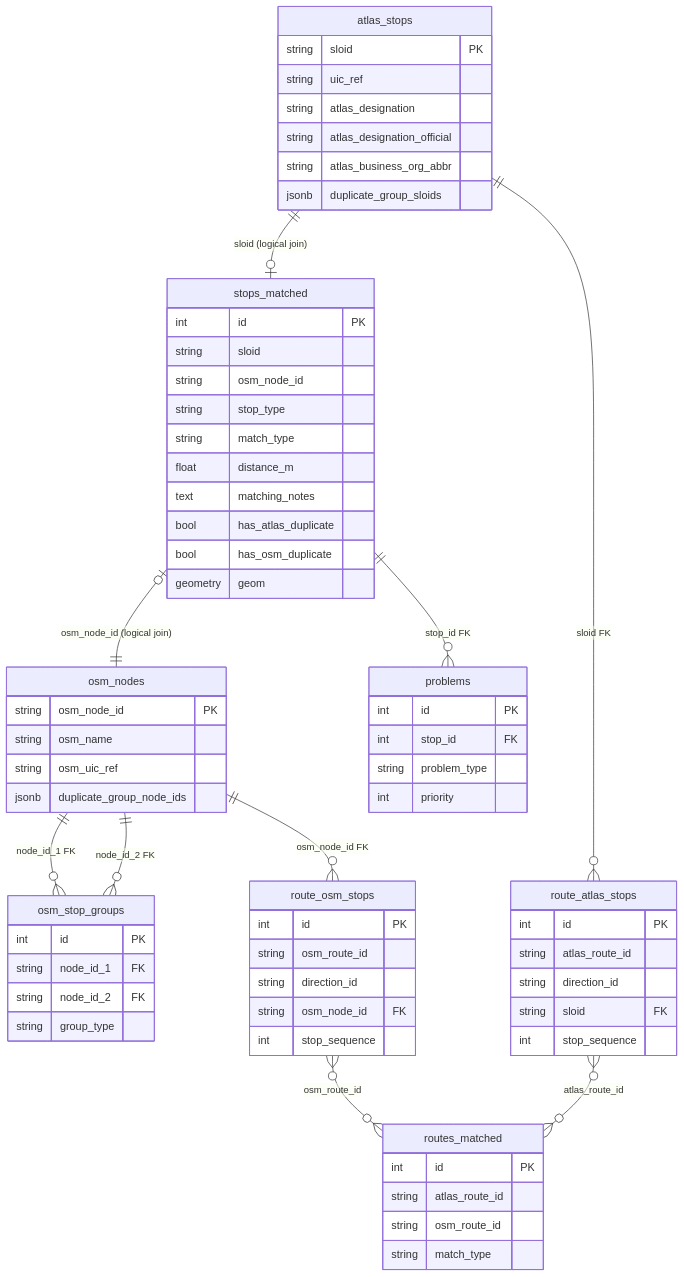
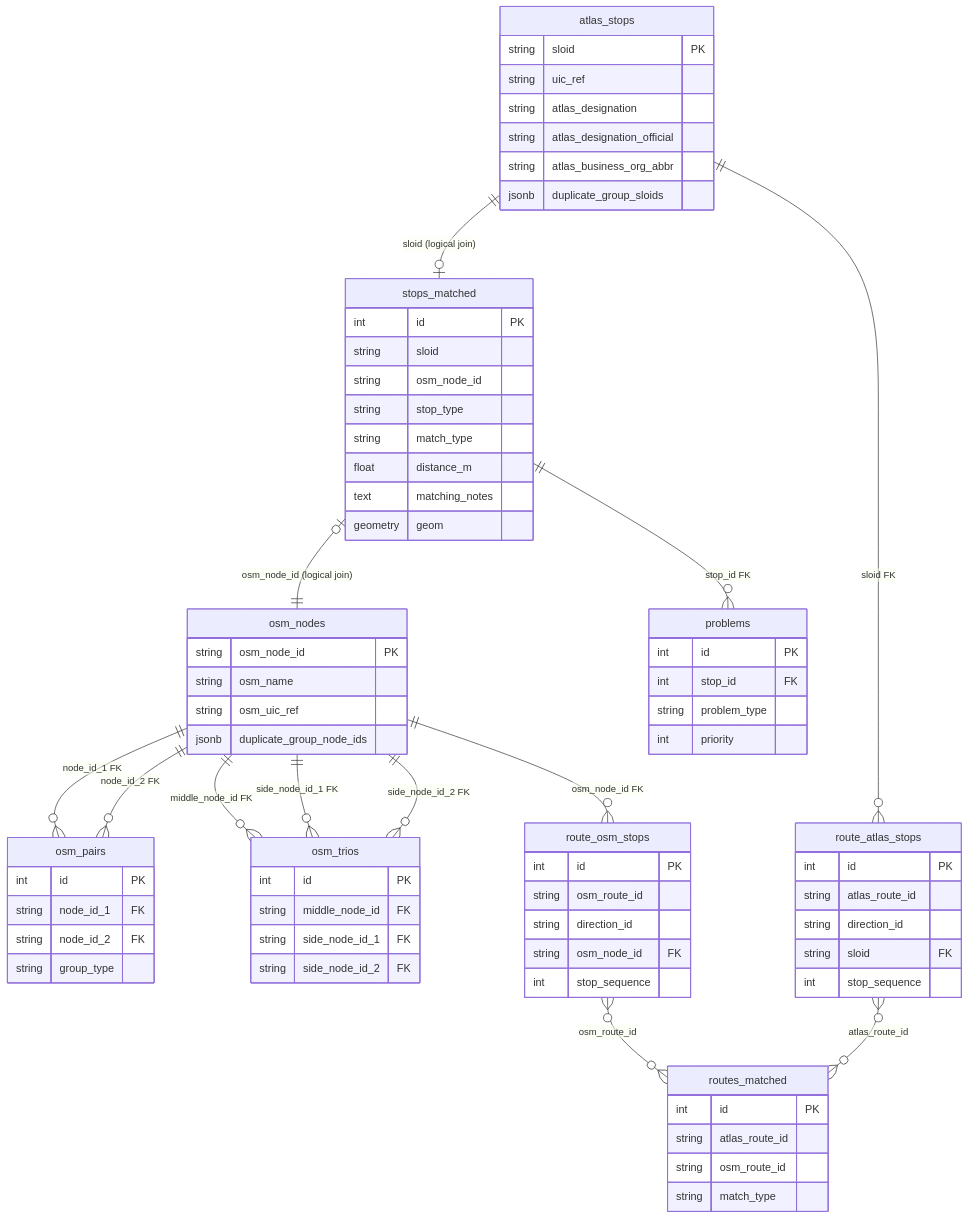
Before and after one commit to openTdataCH/stop_sync_osm_atlas: the diagram in documentation/4.1 Import DB Schema.md, drawn with Mermaid. The commit also changed other lines of this file and 34 other files, not shown here.

```diff
--- a/documentation/4.1 Import DB Schema.md
+++ b/documentation/4.1 Import DB Schema.md
@@ -11,8 +11,11 @@
     atlas_stops ||--o| stops_matched : "sloid (logical join)"
     stops_matched |o--|| osm_nodes : "osm_node_id (logical join)"
     stops_matched ||--o{ problems : "stop_id FK"
-    osm_nodes ||--o{ osm_stop_groups : "node_id_1 FK"
-    osm_nodes ||--o{ osm_stop_groups : "node_id_2 FK"
+    osm_nodes ||--o{ osm_pairs : "node_id_1 FK"
+    osm_nodes ||--o{ osm_pairs : "node_id_2 FK"
+    osm_nodes ||--o{ osm_trios : "middle_node_id FK"
+    osm_nodes ||--o{ osm_trios : "side_node_id_1 FK"
+    osm_nodes ||--o{ osm_trios : "side_node_id_2 FK"
     atlas_stops ||--o{ route_atlas_stops : "sloid FK"
     osm_nodes ||--o{ route_osm_stops : "osm_node_id FK"
     route_atlas_stops }o--o{ routes_matched : "atlas_route_id"
@@ -26,8 +29,6 @@
         string match_type
         float distance_m
         text matching_notes
-        bool has_atlas_duplicate
-        bool has_osm_duplicate
         geometry geom
     }
 
@@ -47,11 +48,18 @@
         jsonb duplicate_group_node_ids
     }
 
-    osm_stop_groups {
+    osm_pairs {
         int id PK
         string node_id_1 FK
         string node_id_2 FK
         string group_type
+    }
+
+    osm_trios {
+        int id PK
+        string middle_node_id FK
+        string side_node_id_1 FK
+        string side_node_id_2 FK
     }
 
     problems {
```
